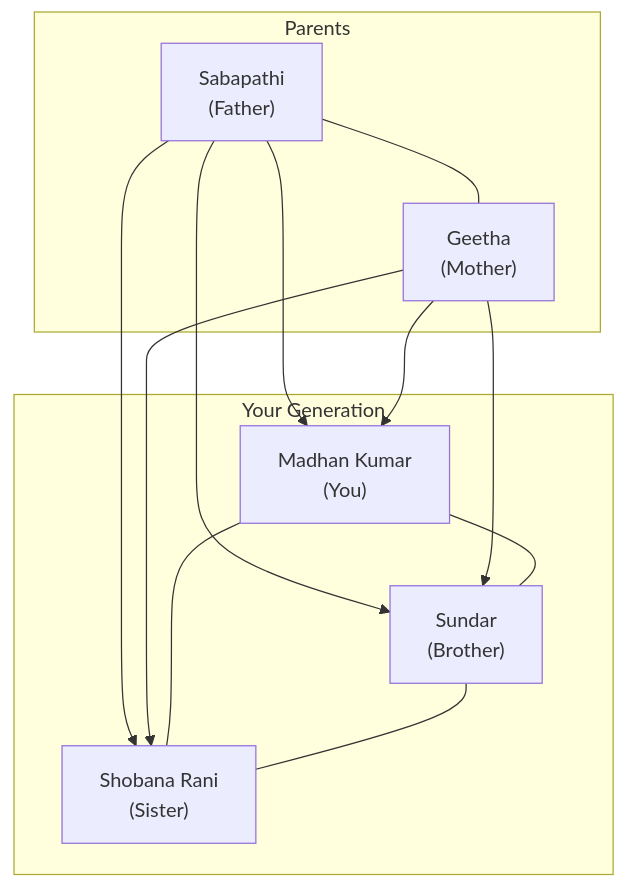
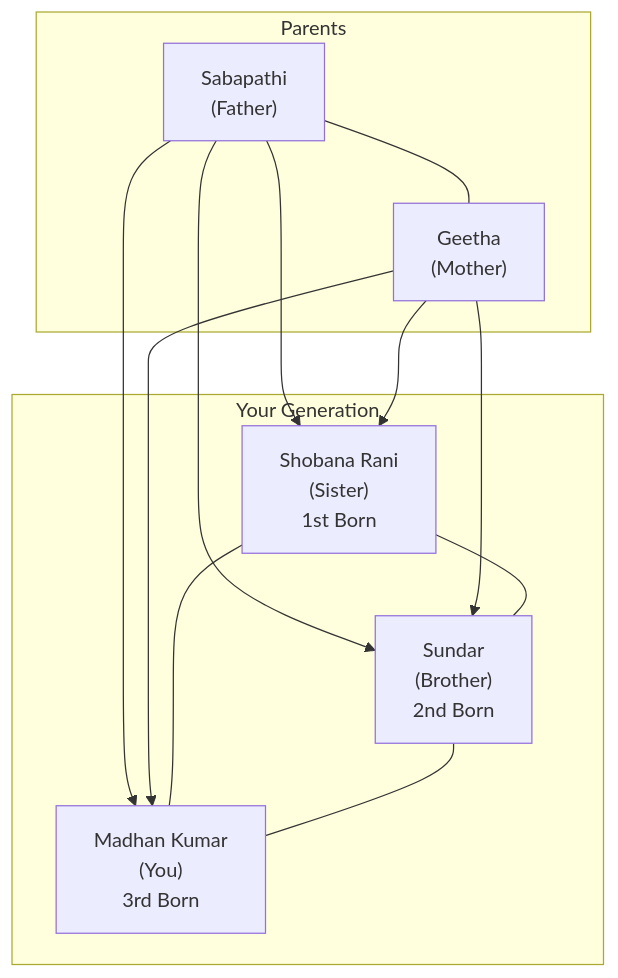
One commit to madhankumar866/family-tree-genealogy-system changed the diagram in docs/family.mmd. Above: the diagram before and after it, drawn with Mermaid.

Commit message:
Update birth order: Shobana Rani (1st), Sundar (2nd), Madhan Kumar (3rd)

```diff
--- a/docs/family.mmd
+++ b/docs/family.mmd
@@ -1,22 +1,22 @@
 flowchart TB
   subgraph G1["Parents"]
     P1["Sabapathi<br/>(Father)"]
     P2["Geetha<br/>(Mother)"]
   end
 
   subgraph G2["Your Generation"]
-    S1["Madhan Kumar<br/>(You)"]
-    S2["Sundar<br/>(Brother)"]
-    S3["Shobana Rani<br/>(Sister)"]
+    S1["Shobana Rani<br/>(Sister)<br/>1st Born"]
+    S2["Sundar<br/>(Brother)<br/>2nd Born"]
+    S3["Madhan Kumar<br/>(You)<br/>3rd Born"]
   end
 
   P1 --> S1
   P2 --> S1
   P1 --> S2
   P2 --> S2
   P1 --> S3
   P2 --> S3
   S1 --- S2
   S1 --- S3
   S2 --- S3
   P1 --- P2
```
